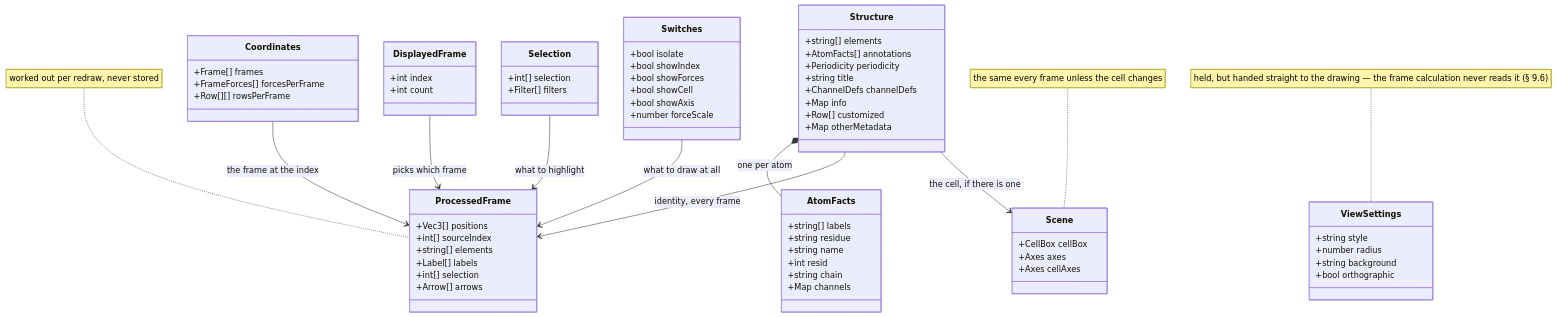
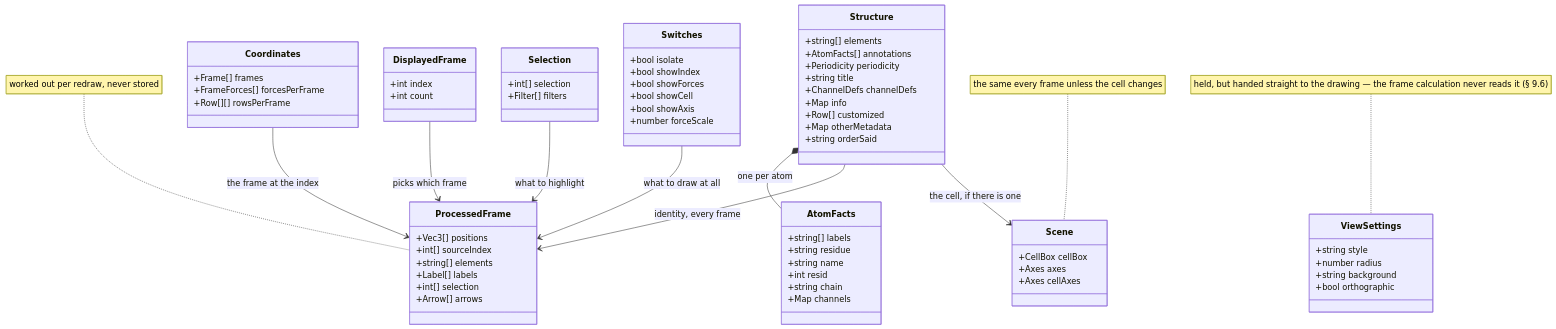
The second of 10 diagrams in docs/web/molview.md (Qing-LAB/molbuilder), drawn with Mermaid before and after one commit. The commit also changed other lines of this file and 23 other files, not shown here.

````diff
--- a/docs/web/molview.md
+++ b/docs/web/molview.md
@@ -514,71 +514,72 @@
 ```mermaid
 classDiagram
     class Structure {
       +string[] elements
       +AtomFacts[] annotations
       +Periodicity periodicity
       +string title
       +ChannelDefs channelDefs
       +Map info
       +Row[] customized
       +Map otherMetadata
+      +string orderSaid
     }
     class AtomFacts {
       +string[] labels
       +string residue
       +string name
       +int resid
       +string chain
       +Map channels
     }
     class Coordinates {
       +Frame[] frames
       +FrameForces[] forcesPerFrame
       +Row[][] rowsPerFrame
     }
     class DisplayedFrame {
       +int index
       +int count
     }
     class Selection {
       +int[] selection
       +Filter[] filters
     }
     class Switches {
       +bool isolate
       +bool showIndex
       +bool showForces
       +bool showCell
       +bool showAxis
       +number forceScale
     }
     class ProcessedFrame {
       +Vec3[] positions
       +int[] sourceIndex
       +string[] elements
       +Label[] labels
       +int[] selection
       +Arrow[] arrows
     }
     class Scene {
       +CellBox cellBox
       +Axes axes
       +Axes cellAxes
     }
     class ViewSettings {
       +string style
       +number radius
       +string background
       +bool orthographic
     }
     Structure *-- AtomFacts : one per atom
     Structure --> ProcessedFrame : identity, every frame
     Coordinates --> ProcessedFrame : the frame at the index
     DisplayedFrame --> ProcessedFrame : picks which frame
     Selection --> ProcessedFrame : what to highlight
     Switches --> ProcessedFrame : what to draw at all
     Structure --> Scene : the cell, if there is one
     note for ProcessedFrame "worked out per redraw, never stored"
     note for Scene "the same every frame unless the cell changes"
     note for ViewSettings "held, but handed straight to the drawing — the frame calculation never reads it (§ 9.6)"
 ```
````
